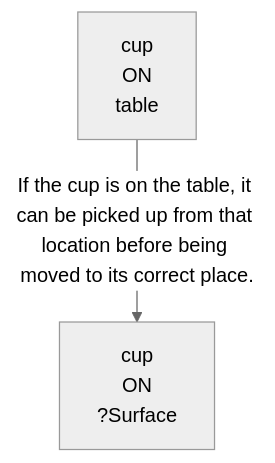
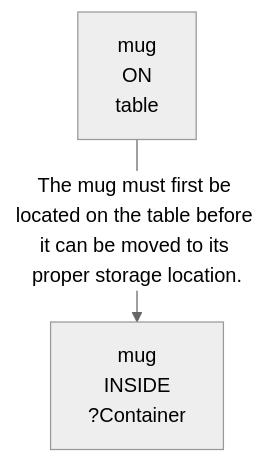
The first of 3 diagrams in evaluation/results/table3/robostate/runs/without_goal_reasoning/G2_07/run_T3_without_goal_reasoning_G2_07.md (scuama/virtualhome), drawn with Mermaid (neutral theme) before and after one commit. The commit also changed other lines of this file and 507 other files, not shown here.

````diff
--- a/evaluation/results/table3/robostate/runs/without_goal_reasoning/G2_07/run_T3_without_goal_reasoning_G2_07.md
+++ b/evaluation/results/table3/robostate/runs/without_goal_reasoning/G2_07/run_T3_without_goal_reasoning_G2_07.md
@@ -32,6 +32,6 @@
 ```mermaid
 graph TD
-    N1["cup<br>ON<br>table"]
-    N2["cup<br>ON<br>?Surface"]
-    N1 -->|"If the cup is on the table, it can be picked up from that location before being moved to its correct place."| N2
+    N1["mug<br>ON<br>table"]
+    N2["mug<br>INSIDE<br>?Container"]
+    N1 -->|"The mug must first be located on the table before it can be moved to its proper storage location."| N2
 ```
````
